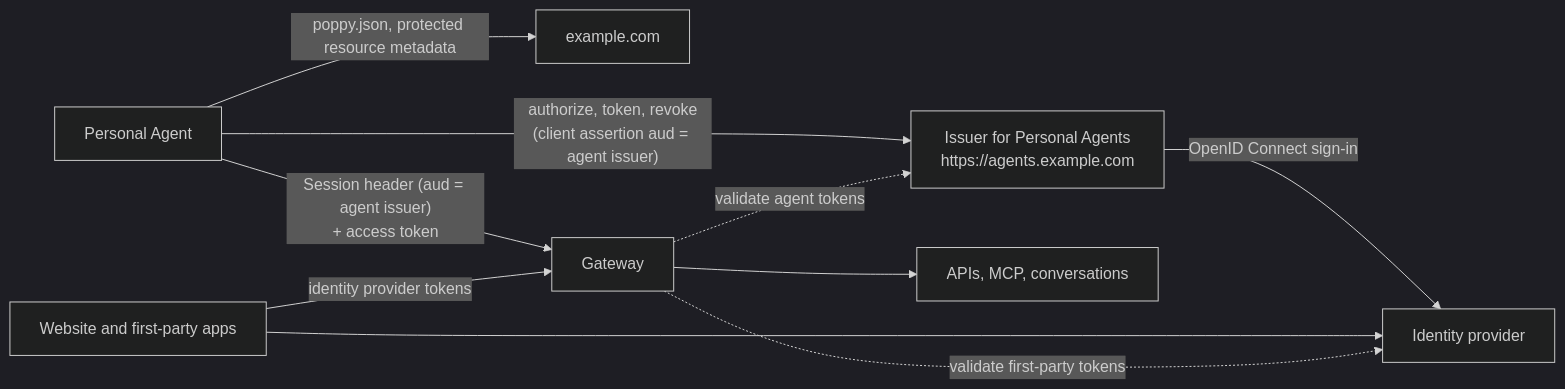
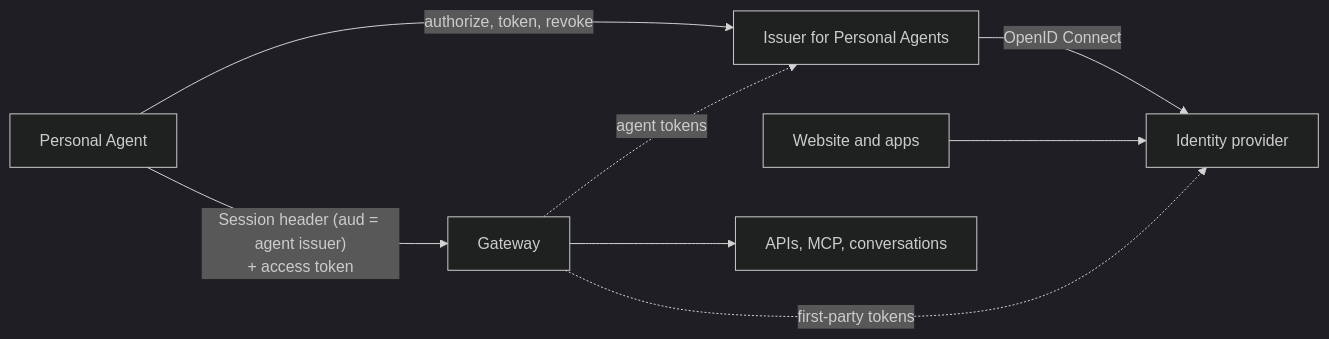
One commit to gaokevin1/personal-agent-protocol changed the third of 8 diagrams in kit/company/patterns/identity-provider.md. Above: the diagram before and after it, drawn with Mermaid (dark theme). The commit also changed other lines of this file and 1 other file, not shown here.

Commit message:
Trim the identity provider pattern to the essentials

````diff
--- a/kit/company/patterns/identity-provider.md
+++ b/kit/company/patterns/identity-provider.md
@@ -151,12 +85,9 @@
 ```mermaid
 flowchart LR
-  PA[Personal Agent] -->|poppy.json, protected resource metadata| Site[example.com]
-  PA -->|"authorize, token, revoke<br/>(client assertion aud = agent issuer)"| AS[Issuer for Personal Agents<br/>https://agents.example.com]
-  AS -->|OpenID Connect sign-in| IdP[Identity provider]
-  Apps[Website and first-party apps] --> IdP
-  PA -->|"Session header (aud = agent issuer)<br/>+ access token"| GW[Gateway]
-  GW --> API[APIs, MCP, conversations]
-  GW -.->|validate agent tokens| AS
-  Apps -->|identity provider tokens| GW
-  GW -.->|validate first-party tokens| IdP
+  PA[Personal Agent] -->|"authorize, token, revoke"| AS[Issuer for Personal Agents]
+  AS -->|OpenID Connect| IdP[Identity provider]
+  Apps[Website and apps] --> IdP
+  PA -->|"Session header (aud = agent issuer)<br/>+ access token"| GW[Gateway] --> API[APIs, MCP, conversations]
+  GW -.->|agent tokens| AS
+  GW -.->|first-party tokens| IdP
 ```
````
